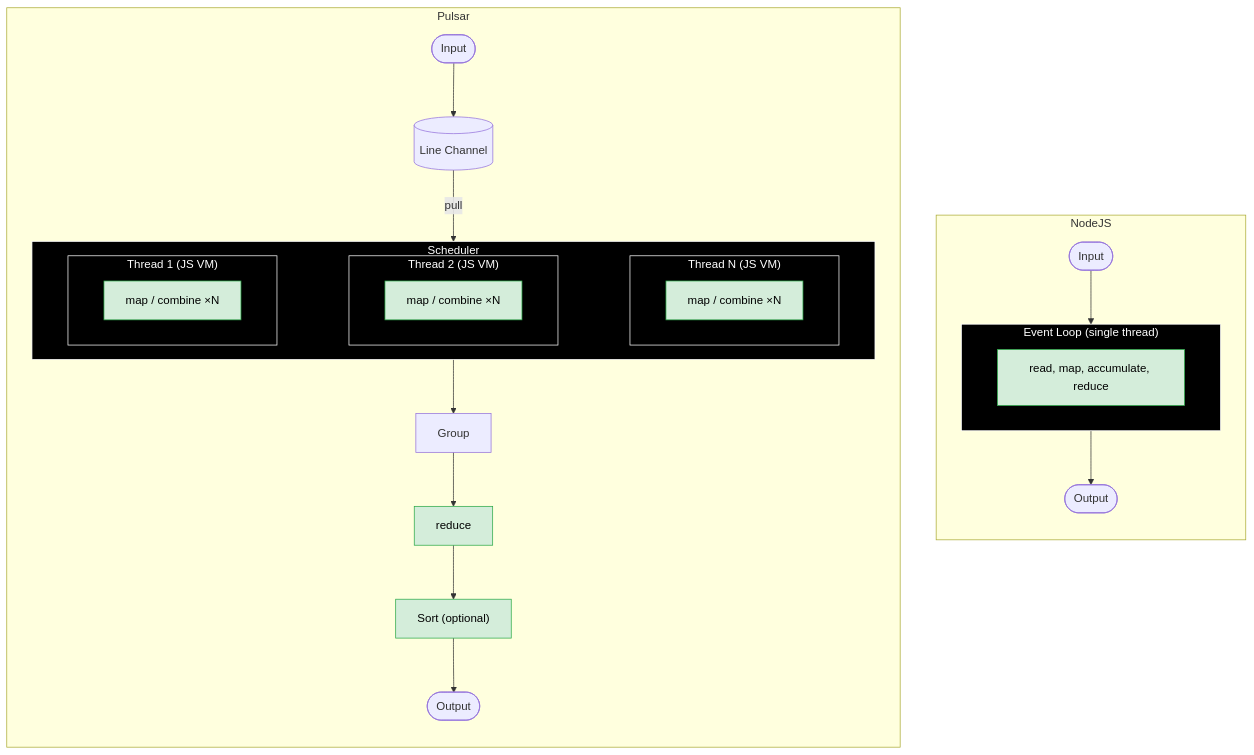
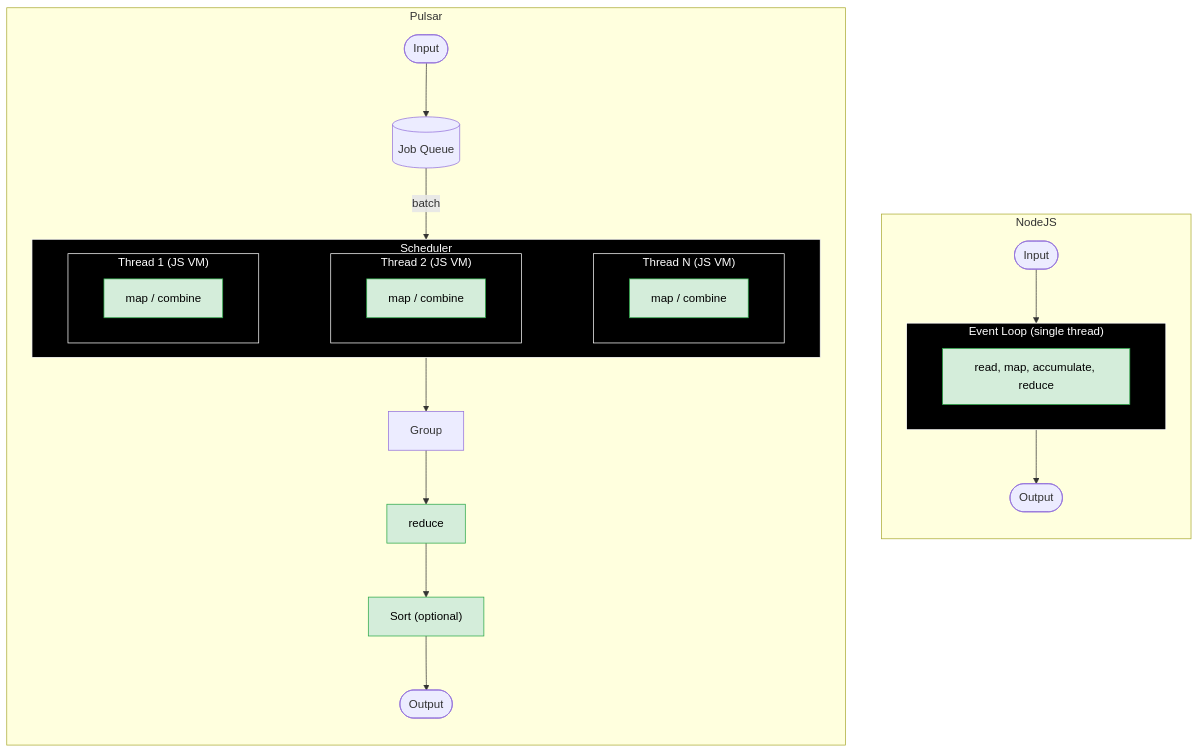
One commit to mauri870/pulsar changed the diagram in README.md. Above: the diagram before and after it, drawn with Mermaid. The commit also changed other lines of this file, not shown here.

Commit message:
README: describe the batched worker pool
The map phase section described workers running concurrent ticks that
pull lines from a shared channel, which is no longer how the engine
works. Describe the batches of --chunk-size lines handed to a pool of
workers, combine running once per batch, the --tmpdir flag, the script
contract and the exit status on errors.

````diff
--- a/README.md
+++ b/README.md
@@ -13,43 +13,43 @@
 ```mermaid
 flowchart LR
   classDef engine fill:#000000,stroke:#fff,color:#fff
   subgraph pulsar["Pulsar"]
     direction TB
     pi([Input]) --> ch
-    ch[(Line Channel)]
+    ch[(Job Queue)]
     subgraph sched["Scheduler"]
       direction LR
       subgraph w1["Thread 1 (JS VM)"]
-        mc1["map / combine ×N"]
+        mc1["map / combine"]
       end
       subgraph w2["Thread 2 (JS VM)"]
-        mc2["map / combine ×N"]
+        mc2["map / combine"]
       end
       subgraph wn["Thread N (JS VM)"]
-        mcn["map / combine ×N"]
+        mcn["map / combine"]
       end
       mc1 ~~~ mc2 ~~~ mcn
     end
-    ch -->|pull| sched
+    ch -->|batch| sched
     sched --> group["Group"] --> reduce["reduce"] --> sort["Sort (optional)"] --> po([Output])
   end
 
   subgraph nodejs["NodeJS"]
     direction TB
     ni([Input]) --> evloop
     subgraph evloop["Event Loop (single thread)"]
       nmap["read, map, accumulate, reduce"]
     end
     evloop --> no([Output])
   end
 
   class sched engine
   class evloop engine
   class w1,w2,wn engine
 
   pulsar ~~~ nodejs
 
   classDef userCode fill:#d4edda,stroke:#28a745,color:#000
   class mc1,mc2,mcn,reduce,sort userCode
   class nmap userCode
 ```
````
